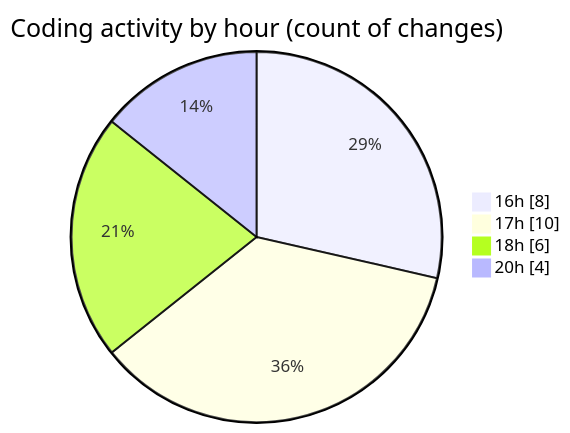
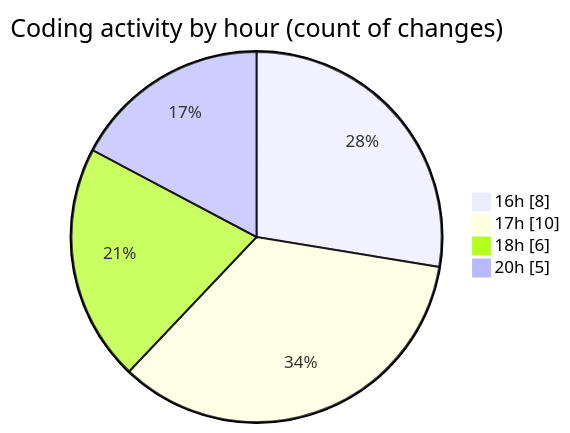
Before and after one commit to Elitesun/code-tracking: the second of 2 diagrams in 2025-02-06/react_ecom/README.md, drawn with Mermaid. The commit also changed other lines of this file and 1 other file, not shown here.

````diff
--- a/2025-02-06/react_ecom/README.md
+++ b/2025-02-06/react_ecom/README.md
@@ -34,8 +34,8 @@
 ```mermaid
 pie showData
 title Coding activity by hour (count of changes)
 "16h" : 8
 "17h" : 10
 "18h" : 6
-"20h" : 4
+"20h" : 5
 ```
````
